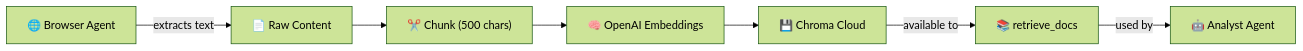
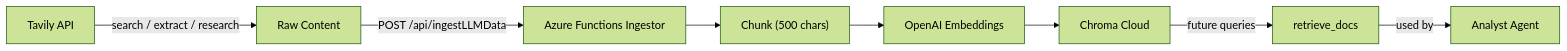
Before and after one commit to maiduydung/financial_agents: the third of 3 diagrams in README.md, drawn with Mermaid (forest theme). The commit also changed other lines of this file and 1 other file, not shown here.

First line of the commit message:
Update README with detailed Mermaid diagrams and refresh Streamlit UI

````diff
--- a/README.md
+++ b/README.md
@@ -107,9 +126,10 @@
 ```mermaid
 flowchart LR
-    A["🌐 Browser Agent"] -->|extracts text| B["📄 Raw Content"]
-    B --> C["✂️ Chunk (500 chars)"]
-    C --> D["🧠 OpenAI Embeddings"]
-    D --> E["💾 Chroma Cloud"]
-    E -->|available to| F["📚 retrieve_docs"]
-    F -->|used by| G["🤖 Analyst Agent"]
+    A["Tavily API"] -->|search / extract / research| B["Raw Content"]
+    B -->|POST /api/ingestLLMData| C["Azure Functions Ingestor"]
+    C --> D["Chunk (500 chars)"]
+    D --> E["OpenAI Embeddings"]
+    E --> F["Chroma Cloud"]
+    F -->|future queries| G["retrieve_docs"]
+    G -->|used by| H["Analyst Agent"]
 ```
````
